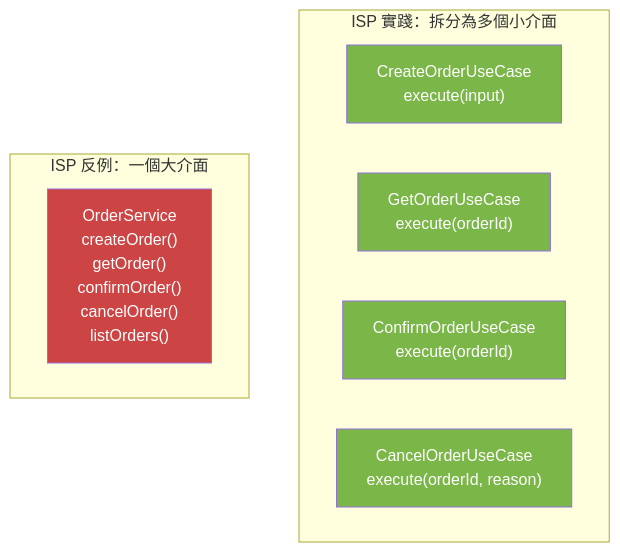
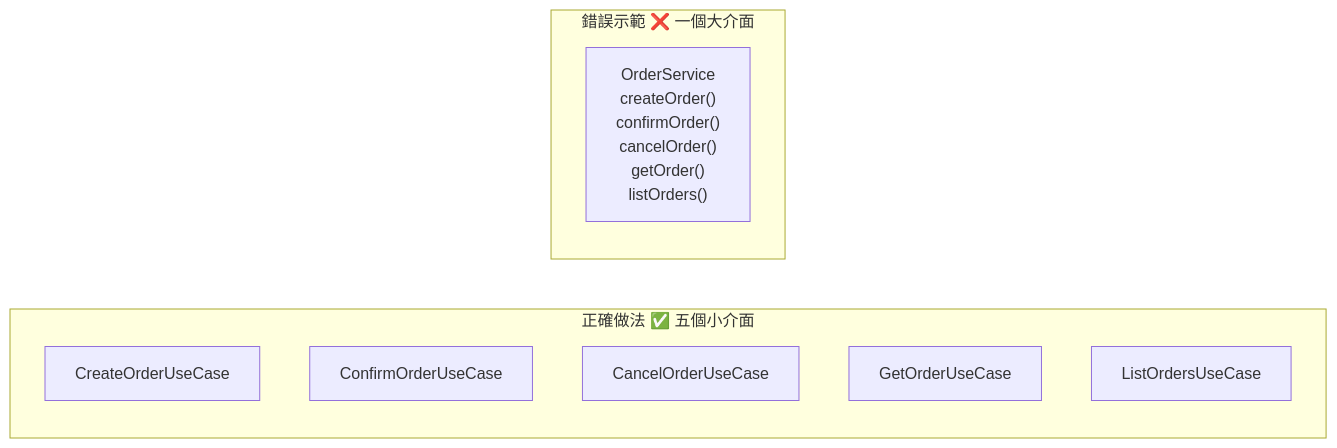
One commit to ChunPingWang/solid-hexagonal-cqrs-tutorial changed diagram 11 of 14 in README.md. Above: the diagram before and after it, drawn with Mermaid. The commit also changed other lines of this file and 89 other files, not shown here.

````diff
--- a/README.md
+++ b/README.md
@@ -753,19 +469,14 @@
 ```mermaid
-graph TB
-    subgraph "ISP 實踐：拆分為多個小介面"
-        CreateUC["CreateOrderUseCase<br/>execute(input)"]
-        GetUC["GetOrderUseCase<br/>execute(orderId)"]
-        ConfirmUC["ConfirmOrderUseCase<br/>execute(orderId)"]
-        CancelUC["CancelOrderUseCase<br/>execute(orderId, reason)"]
+graph LR
+    subgraph "正確做法 ✅ 五個小介面"
+        B["CreateOrderUseCase"]
+        C["ConfirmOrderUseCase"]
+        D["CancelOrderUseCase"]
+        E["GetOrderUseCase"]
+        F["ListOrdersUseCase"]
     end
 
-    subgraph "ISP 反例：一個大介面"
-        BigService["OrderService<br/>createOrder()<br/>getOrder()<br/>confirmOrder()<br/>cancelOrder()<br/>listOrders()"]
+    subgraph "錯誤示範 ❌ 一個大介面"
+        A["OrderService<br/>createOrder()<br/>confirmOrder()<br/>cancelOrder()<br/>getOrder()<br/>listOrders()"]
     end
-
-    style CreateUC fill:#7ab648,color:#fff
-    style GetUC fill:#7ab648,color:#fff
-    style ConfirmUC fill:#7ab648,color:#fff
-    style CancelUC fill:#7ab648,color:#fff
-    style BigService fill:#cc4444,color:#fff
 ```
````
